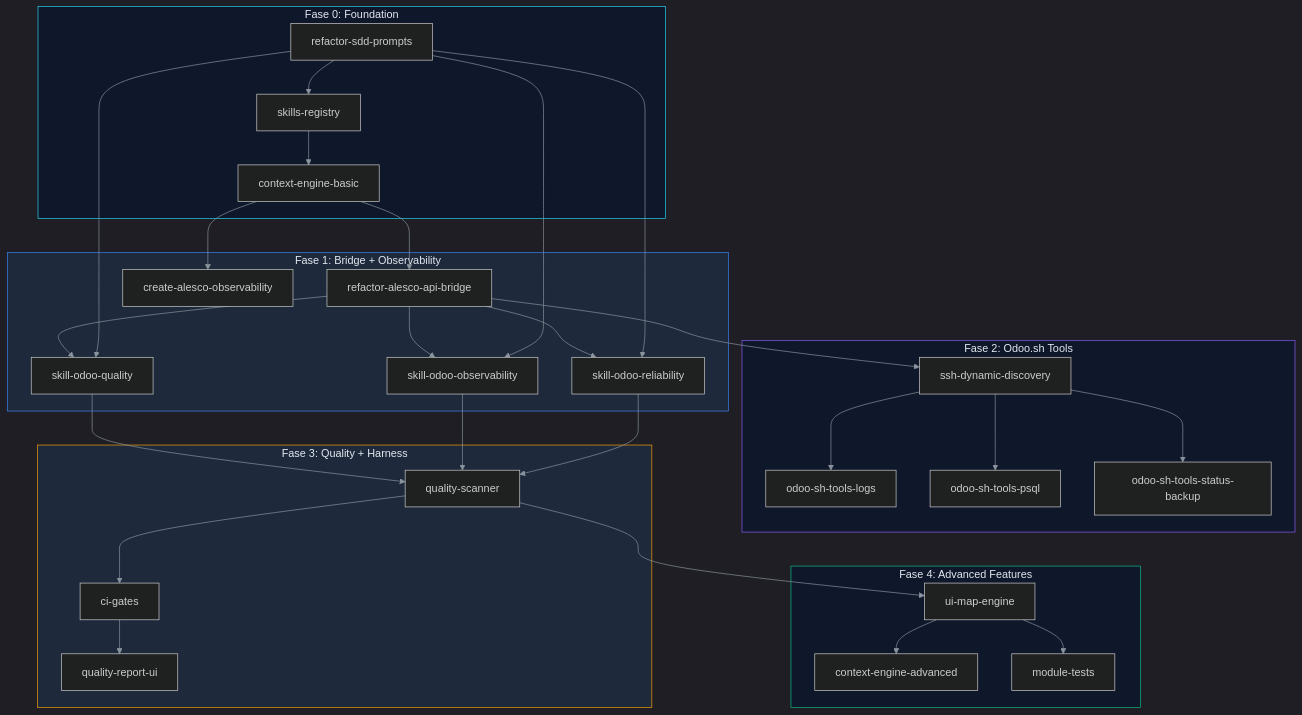
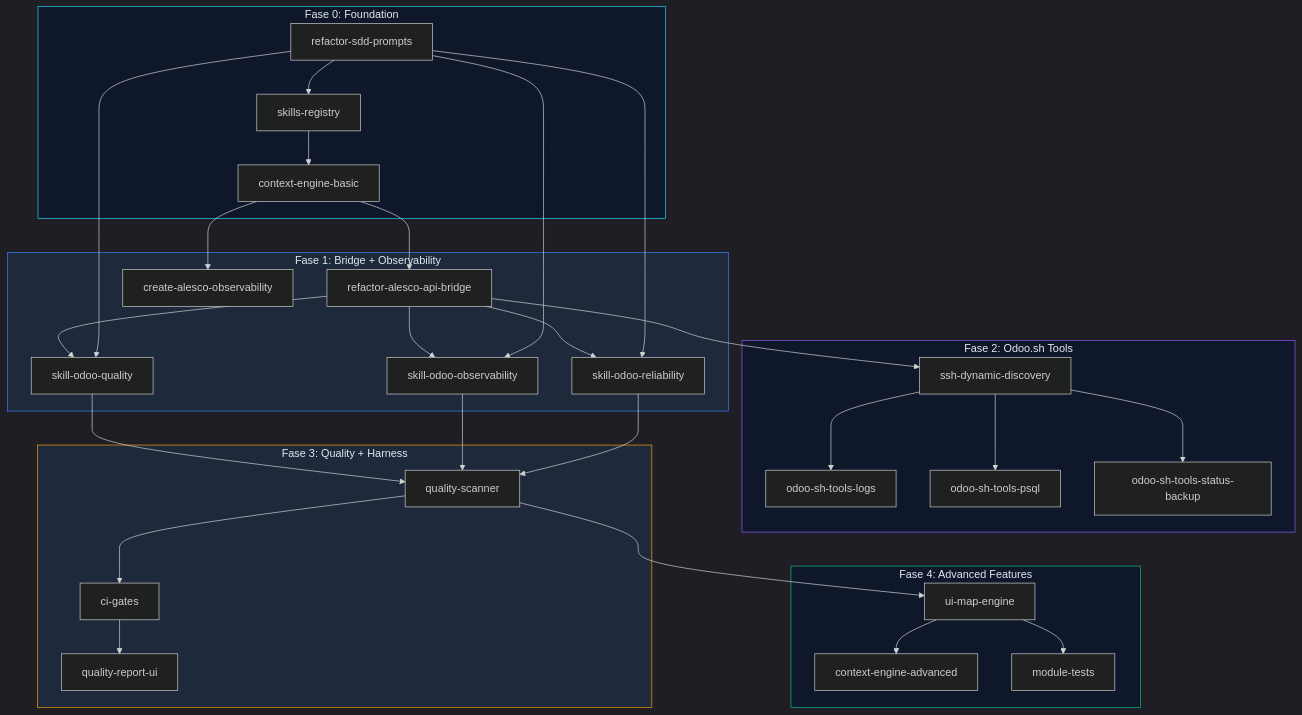
One commit to Geraldow/iris changed the first of 2 diagrams in docs/01-PRD.md. Above: the diagram before and after it, drawn with Mermaid. The commit also changed other lines of this file and 29 other files, not shown here.

````diff
--- a/docs/01-PRD.md
+++ b/docs/01-PRD.md
@@ -278,65 +278,65 @@
 ```mermaid
-%%{init: {'theme': 'dark', 'themeVariables': {'primaryColor': '#1f6feb', 'primaryTextColor': '#ffffff', 'primaryBorderColor': '#22d3ee', 'lineColor': '#8b949e'}}}%%
+%%{init: {'theme': 'dark'}}%%
 flowchart TD
     subgraph F0["Fase 0: Foundation"]
         P0[refactor-sdd-prompts]
         P1[skills-registry]
         P2[context-engine-basic]
     end
 
     subgraph F1["Fase 1: Bridge + Observability"]
         P3[refactor-alesco-api-bridge]
         P4[create-alesco-observability]
         P5[skill-odoo-quality]
         P6[skill-odoo-observability]
         P7[skill-odoo-reliability]
     end
 
     subgraph F2["Fase 2: Odoo.sh Tools"]
         P8[ssh-dynamic-discovery]
         P9[odoo-sh-tools-logs]
         P10[odoo-sh-tools-psql]
         P11[odoo-sh-tools-status-backup]
     end
 
     subgraph F3["Fase 3: Quality + Harness"]
         P12[quality-scanner]
         P13[ci-gates]
         P14[quality-report-ui]
     end
 
     subgraph F4["Fase 4: Advanced Features"]
         P15[ui-map-engine]
         P16[context-engine-advanced]
         P17[module-tests]
     end
 
     P0 --> P1
     P1 --> P2
     P2 --> P3
     P2 --> P4
     P3 --> P5
     P3 --> P6
     P3 --> P7
     P0 --> P5
     P0 --> P6
     P0 --> P7
     P3 --> P8
     P8 --> P9
     P8 --> P10
     P8 --> P11
     P5 --> P12
     P6 --> P12
     P7 --> P12
     P12 --> P13
     P13 --> P14
     P12 --> P15
     P15 --> P16
     P15 --> P17
 
     style F0 fill:#0f172a,stroke:#22d3ee,color:#e2e8f0
     style F1 fill:#1e293b,stroke:#3b82f6,color:#e2e8f0
     style F2 fill:#0f172a,stroke:#8b5cf6,color:#e2e8f0
     style F3 fill:#1e293b,stroke:#f59e0b,color:#e2e8f0
     style F4 fill:#0f172a,stroke:#10b981,color:#e2e8f0
 ```
````
